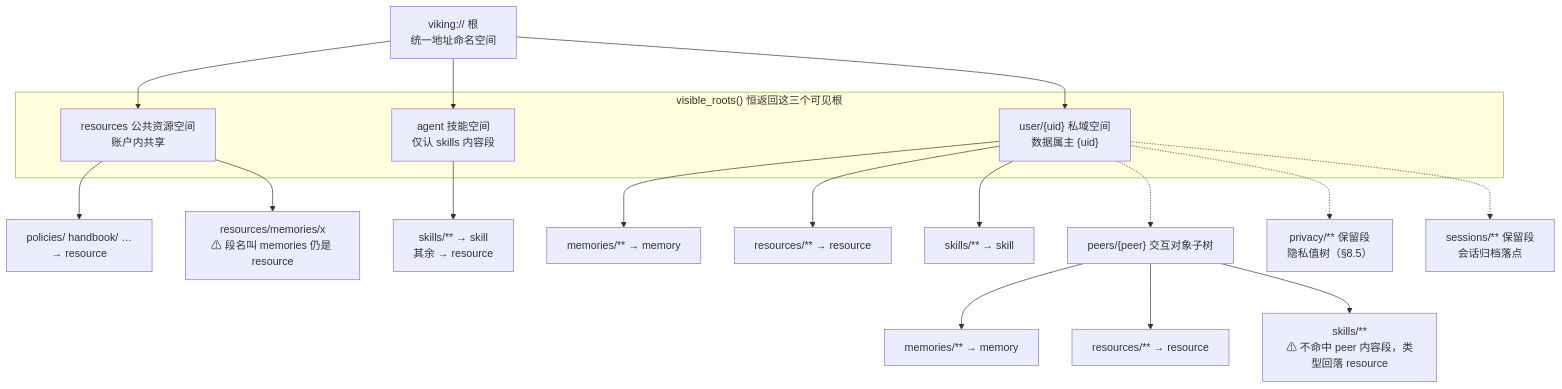
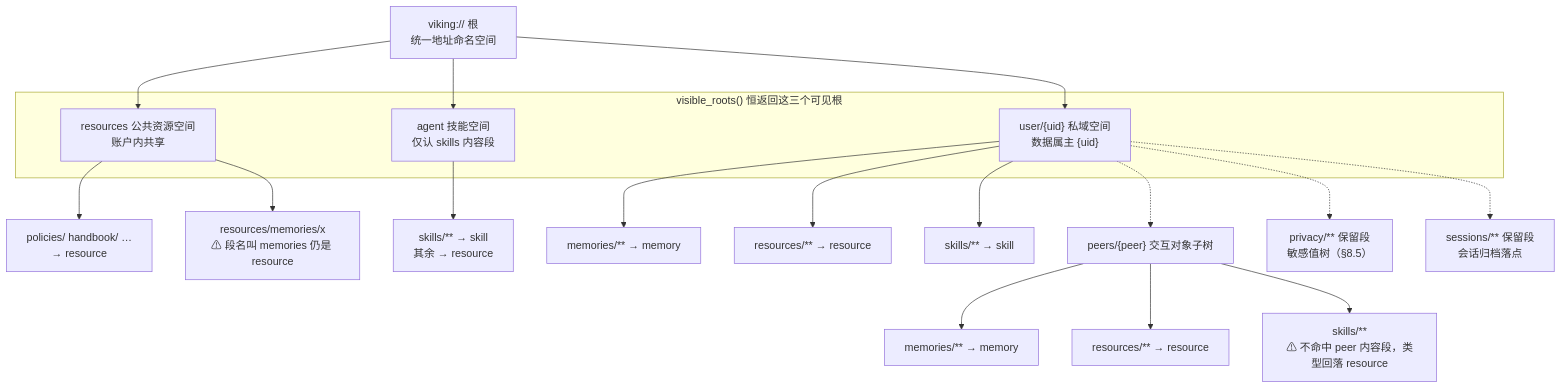
The diagram in docs/assets/mermaid/cognitive-context/openviking--namespace.mmd (ThreeFish-AI/negentropy), drawn with Mermaid before and after one commit. The commit also changed 3 other files, not shown here.

First line of the commit message:
docs(cognitive-context): 014 打磨收尾——R/N/F/V 图注讲清、URI 首现提前、.mmd 用词对齐与重复注解去重（I-235 增补）;

```diff
--- a/docs/assets/mermaid/cognitive-context/openviking--namespace.mmd
+++ b/docs/assets/mermaid/cognitive-context/openviking--namespace.mmd
@@ -1,39 +1,39 @@
 %% source: docs/research/cognitive-context/014-openviking.md §3（图 3）
 %% slug: openviking--namespace
 %% type: architecture
 %% derived: docs/assets/architecture/cognitive-context/openviking--namespace.html
 %% fix: 2026-10-22 014 §3 三空间机制讲透整改新增（I-235）；不取代 uri-scope-tree（视频 P1 冻结消费，旧视角无 peers/privacy/sessions）
 flowchart TB
   ROOT["viking:// 根<br/>统一地址命名空间"]
   subgraph VR["visible_roots() 恒返回这三个可见根"]
     RES["resources 公共资源空间<br/>账户内共享"]
     AGT["agent 技能空间<br/>仅认 skills 内容段"]
     USR["user/{uid} 私域空间<br/>数据属主 {uid}"]
   end
   ROOT --> RES
   ROOT --> AGT
   ROOT --> USR
   RDOCS["policies/ handbook/ …<br/>→ resource"]
   RC["resources/memories/x<br/>⚠ 段名叫 memories 仍是 resource"]
   RES --> RDOCS
   RES --> RC
   ASK["skills/** → skill<br/>其余 → resource"]
   AGT --> ASK
   UMEM["memories/** → memory"]
   URES["resources/** → resource"]
   USKILL["skills/** → skill"]
   PEERS["peers/{peer} 交互对象子树"]
-  PRIV["privacy/** 保留段<br/>隐私值树（§8.5）"]
+  PRIV["privacy/** 保留段<br/>敏感值树（§8.5）"]
   SESS["sessions/** 保留段<br/>会话归档落点"]
   USR --> UMEM
   USR --> URES
   USR --> USKILL
   USR -.-> PEERS
   USR -.-> PRIV
   USR -.-> SESS
   PEM["memories/** → memory"]
   PER["resources/** → resource"]
   PES["skills/**<br/>⚠ 不命中 peer 内容段，类型回落 resource"]
   PEERS --> PEM
   PEERS --> PER
   PEERS --> PES
```
